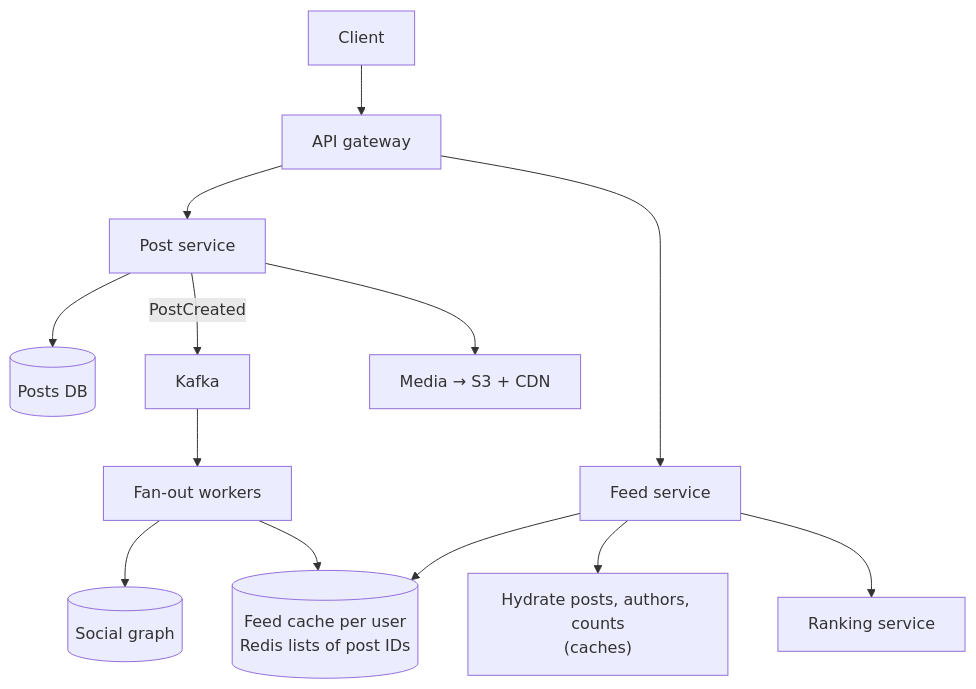
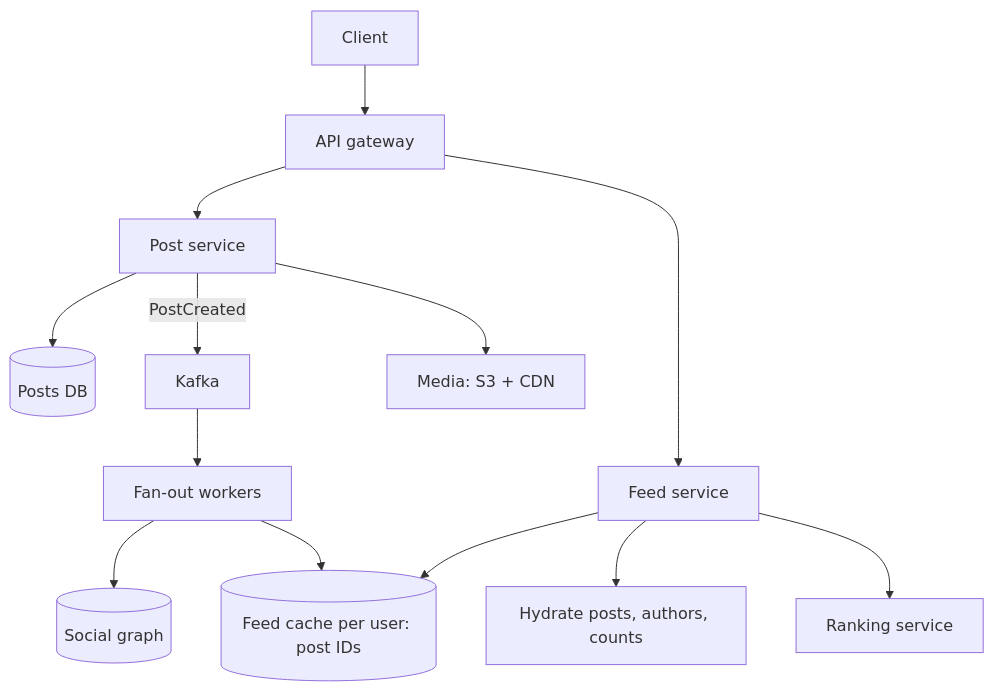
One commit to AkshayAshokCode/System-Design-Interview-Questions-and-Answers changed the first of 22 diagrams in topics/17-designs-social-media.md. Above: the diagram before and after it, drawn with Mermaid. The commit also changed other lines of this file and 4 other files, not shown here.

````diff
--- a/topics/17-designs-social-media.md
+++ b/topics/17-designs-social-media.md
@@ -31,14 +50,14 @@
 ```mermaid
 flowchart TD
     C["Client"] --> GW["API gateway"]
     GW --> PS["Post service"] --> PDB[("Posts DB")]
     PS -->|"PostCreated"| K["Kafka"]
     K --> FO["Fan-out workers"]
     FO --> G[("Social graph")]
-    FO --> FC[("Feed cache per user<br/>Redis lists of post IDs")]
+    FO --> FC[("Feed cache per user: post IDs")]
     GW --> FS["Feed service"]
     FS --> FC
-    FS --> HY["Hydrate posts, authors, counts<br/>(caches)"]
+    FS --> HY["Hydrate posts, authors, counts"]
     FS --> RK["Ranking service"]
-    PS --> M["Media → S3 + CDN"]
+    PS --> M["Media: S3 + CDN"]
 ```
````
